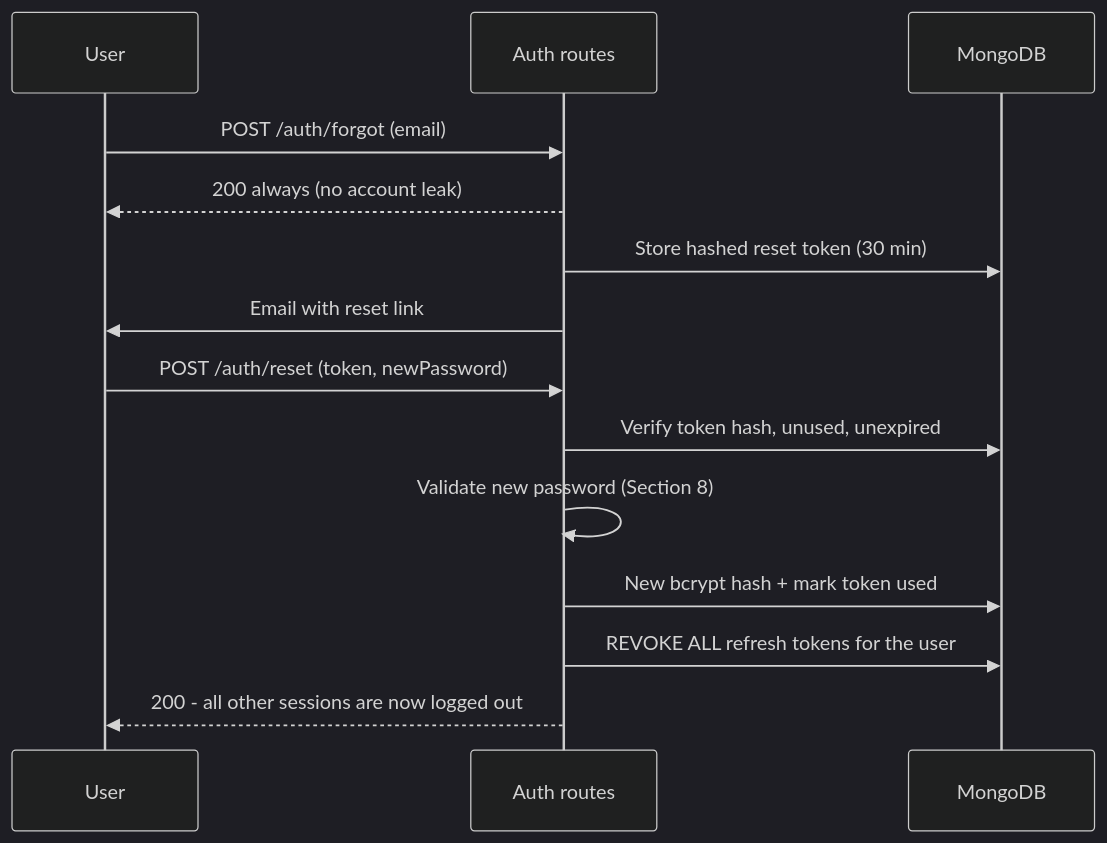
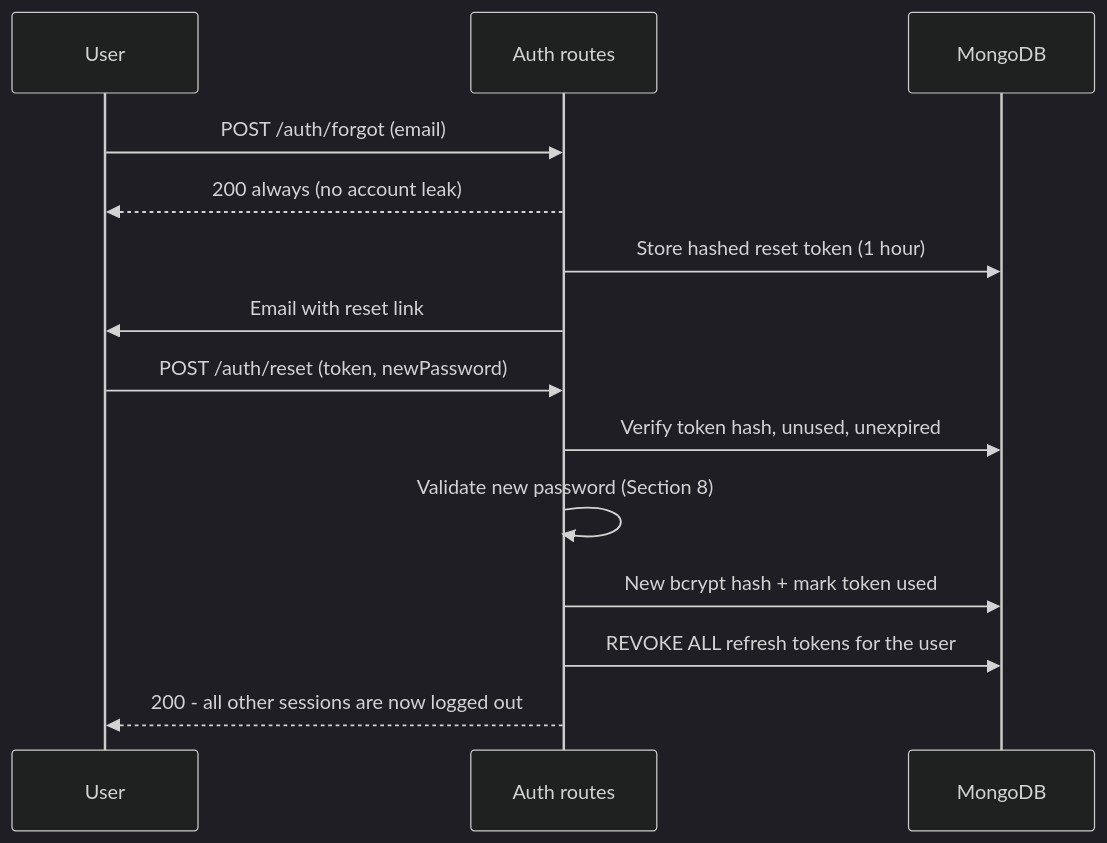
One commit to KhuzaimaMamoon/rozvisit changed the third of 3 diagrams in docs/13_Authentication_and_Authorization.md. Above: the diagram before and after it, drawn with Mermaid (dark theme). The commit also changed other lines of this file and 35 other files, not shown here.

First line of the commit message:
feat(auth): implement secure authentication flows

````diff
--- a/docs/13_Authentication_and_Authorization.md
+++ b/docs/13_Authentication_and_Authorization.md
@@ -146,17 +144,17 @@
 ```mermaid
 sequenceDiagram
     participant U as User
     participant API as Auth routes
     participant DB as MongoDB
 
     U->>API: POST /auth/forgot (email)
     API-->>U: 200 always (no account leak)
-    API->>DB: Store hashed reset token (30 min)
+    API->>DB: Store hashed reset token (1 hour)
     API->>U: Email with reset link
     U->>API: POST /auth/reset (token, newPassword)
     API->>DB: Verify token hash, unused, unexpired
     API->>API: Validate new password (Section 8)
     API->>DB: New bcrypt hash + mark token used
     API->>DB: REVOKE ALL refresh tokens for the user
     API-->>U: 200 - all other sessions are now logged out
 ```
````
